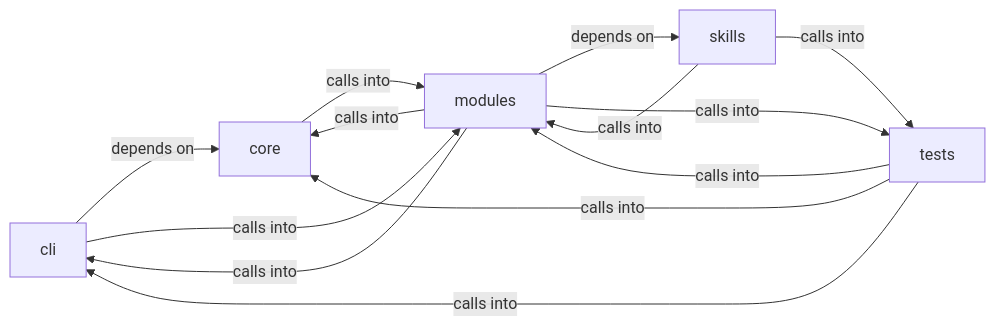
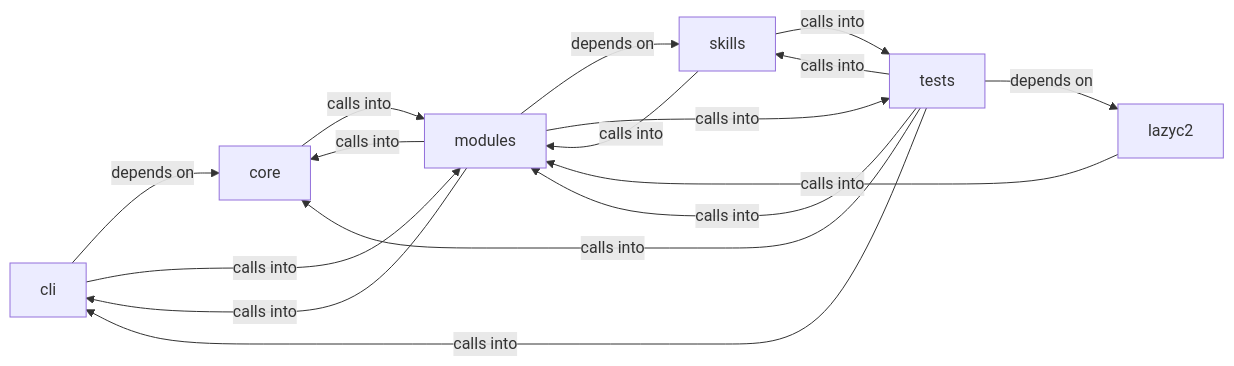
Before and after one commit to grisuno/LazyOwn: the diagram in readmenator-diagrams/modules_lazy_loop.md, drawn with Mermaid. The commit also changed other lines of this file and 434 other files, not shown here.

````diff
--- a/readmenator-diagrams/modules_lazy_loop.md
+++ b/readmenator-diagrams/modules_lazy_loop.md
@@ -5,20 +5,24 @@
 ```mermaid
 graph LR
     cli["cli"]
     core["core"]
+    lazyc2["lazyc2"]
     modules["modules"]
     skills["skills"]
     tests["tests"]
     cli -- "depends on" --> core
     cli -- "calls into" --> modules
     core -- "calls into" --> modules
+    lazyc2 -- "calls into" --> modules
     modules -- "calls into" --> cli
     modules -- "calls into" --> core
     modules -- "depends on" --> skills
     modules -- "calls into" --> tests
     skills -- "calls into" --> modules
     skills -- "calls into" --> tests
     tests -- "calls into" --> cli
     tests -- "calls into" --> core
+    tests -- "depends on" --> lazyc2
     tests -- "calls into" --> modules
+    tests -- "calls into" --> skills
 ```
````
